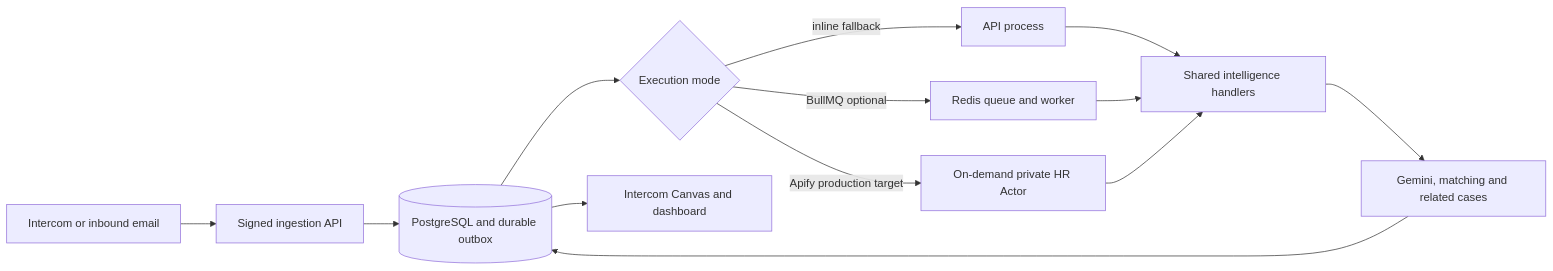
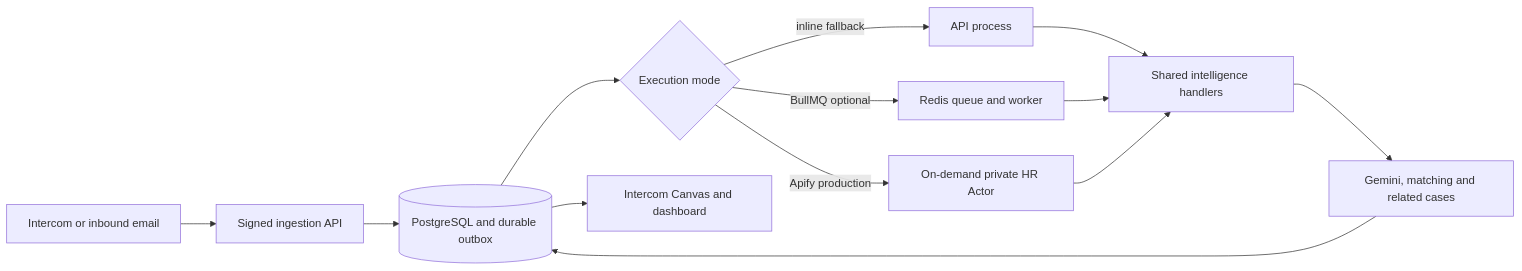
The diagram in README.md (Zebishah/CaseLens), drawn with Mermaid before and after one commit. The commit also changed other lines of this file and 49 other files, not shown here.

````diff
--- a/README.md
+++ b/README.md
@@ -30,15 +30,15 @@
 ```mermaid
 flowchart LR
   A[Intercom or inbound email] --> B[Signed ingestion API]
   B --> C[(PostgreSQL and durable outbox)]
   C --> D{Execution mode}
   D -->|inline fallback| E[API process]
   D -->|BullMQ optional| F[Redis queue and worker]
-  D -->|Apify production target| G[On-demand private HR Actor]
+  D -->|Apify production| G[On-demand private HR Actor]
   E --> H[Shared intelligence handlers]
   F --> H
   G --> H
   H --> I[Gemini, matching and related cases]
   I --> C
   C --> J[Intercom Canvas and dashboard]
 ```
````
